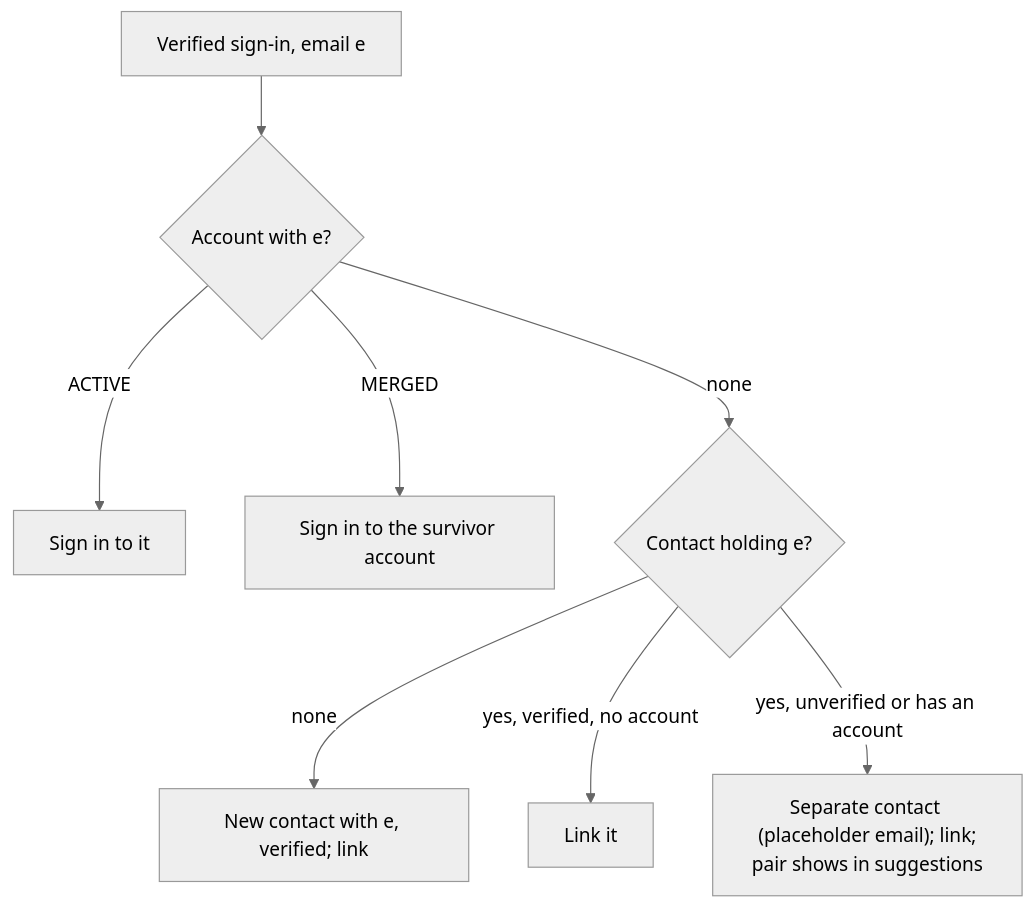
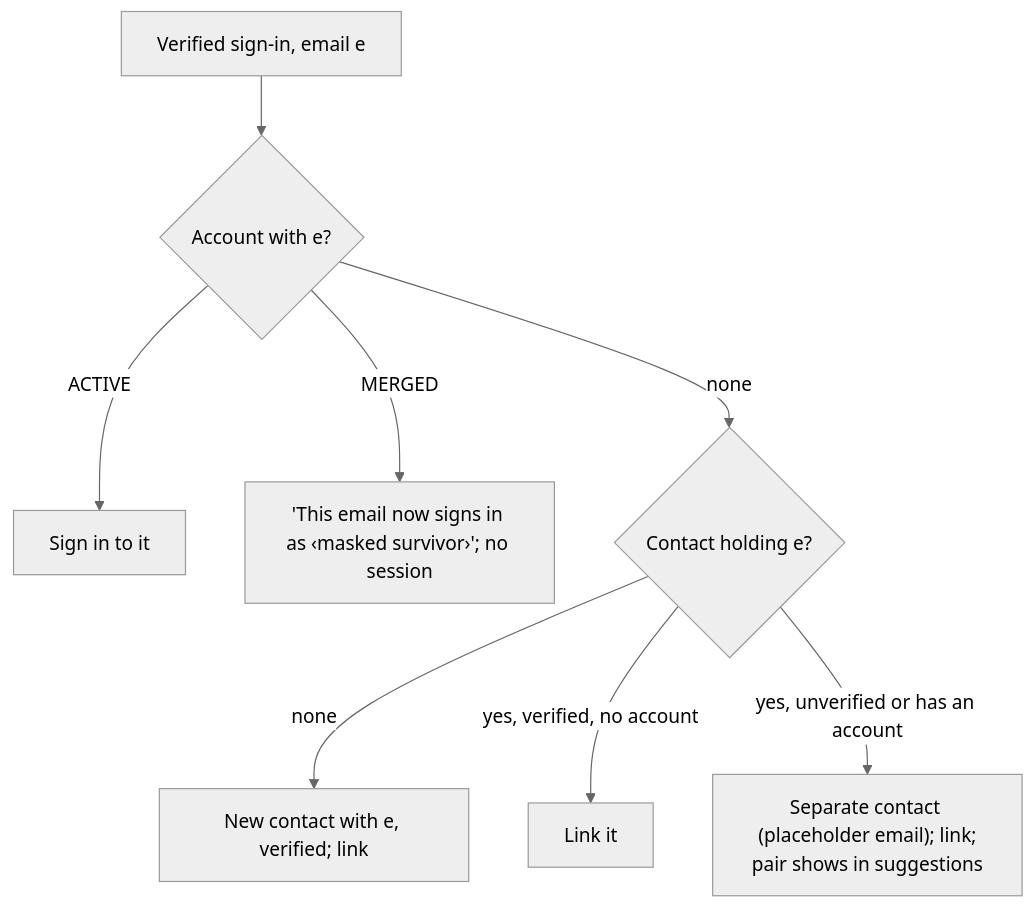
The second of 4 diagrams in docs/plans/2026-09-26-001-feat-customer-accounts-plan.md (saroh-labs/saroh.in), drawn with Mermaid (neutral theme) before and after one commit. The commit also changed other lines of this file and 2 other files, not shown here.

First line of the commit message:
docs(plans): sign-in is always on for every merchant site

````diff
--- a/docs/plans/2026-09-26-001-feat-customer-accounts-plan.md
+++ b/docs/plans/2026-09-26-001-feat-customer-accounts-plan.md
@@ -352,10 +363,10 @@
 ```mermaid
 flowchart TD
   V[Verified sign-in, email e] --> Q1{Account with e?}
   Q1 -- ACTIVE --> SI[Sign in to it]
-  Q1 -- MERGED --> SV[Sign in to the survivor account]
+  Q1 -- MERGED --> SV["'This email now signs in as ‹masked survivor›'; no session"]
   Q1 -- none --> Q2{Contact holding e?}
   Q2 -- none --> N[New contact with e, verified; link]
   Q2 -- "yes, verified, no account" --> L[Link it]
   Q2 -- "yes, unverified or has an account" --> P["Separate contact (placeholder email); link;<br/>pair shows in suggestions"]
 ```
````
